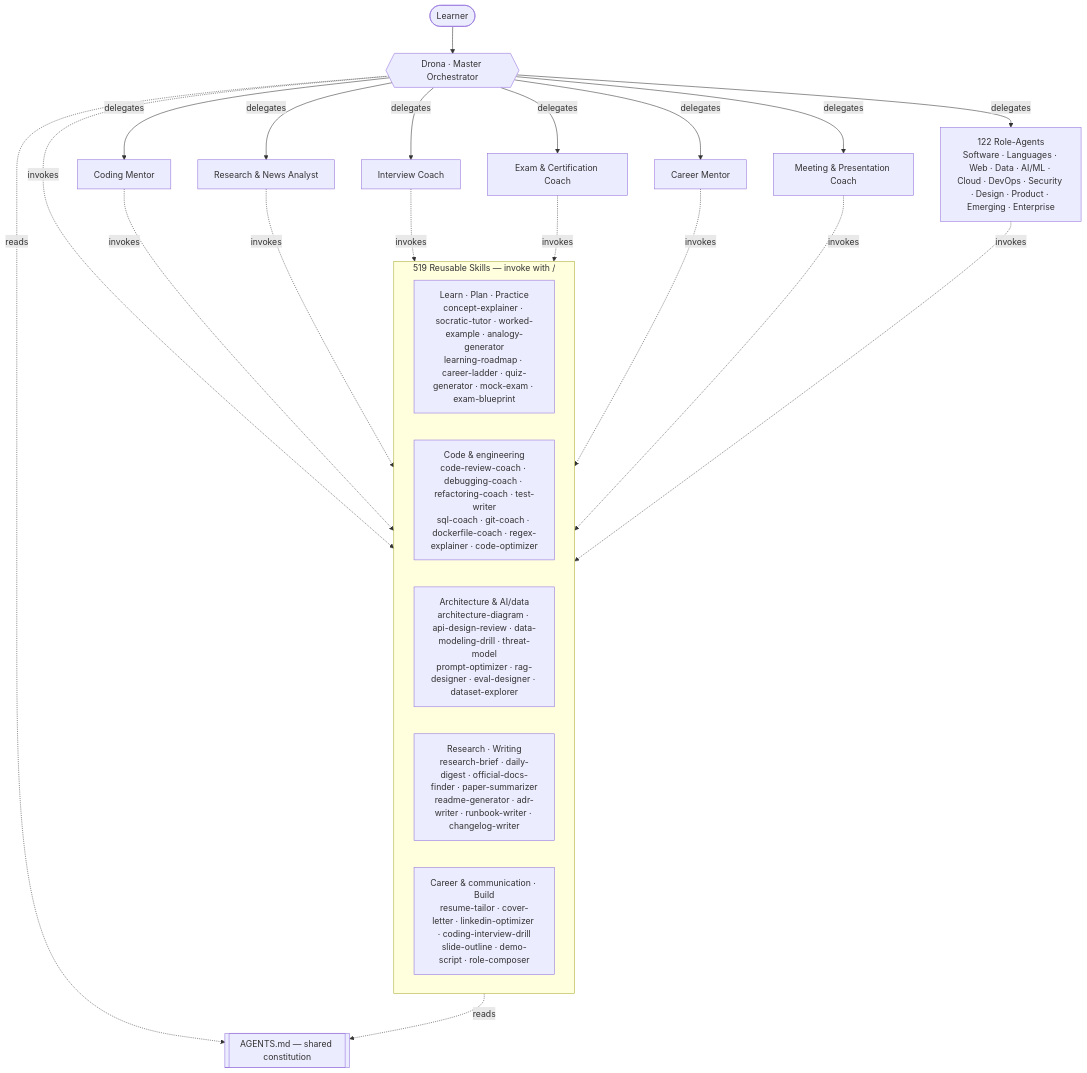
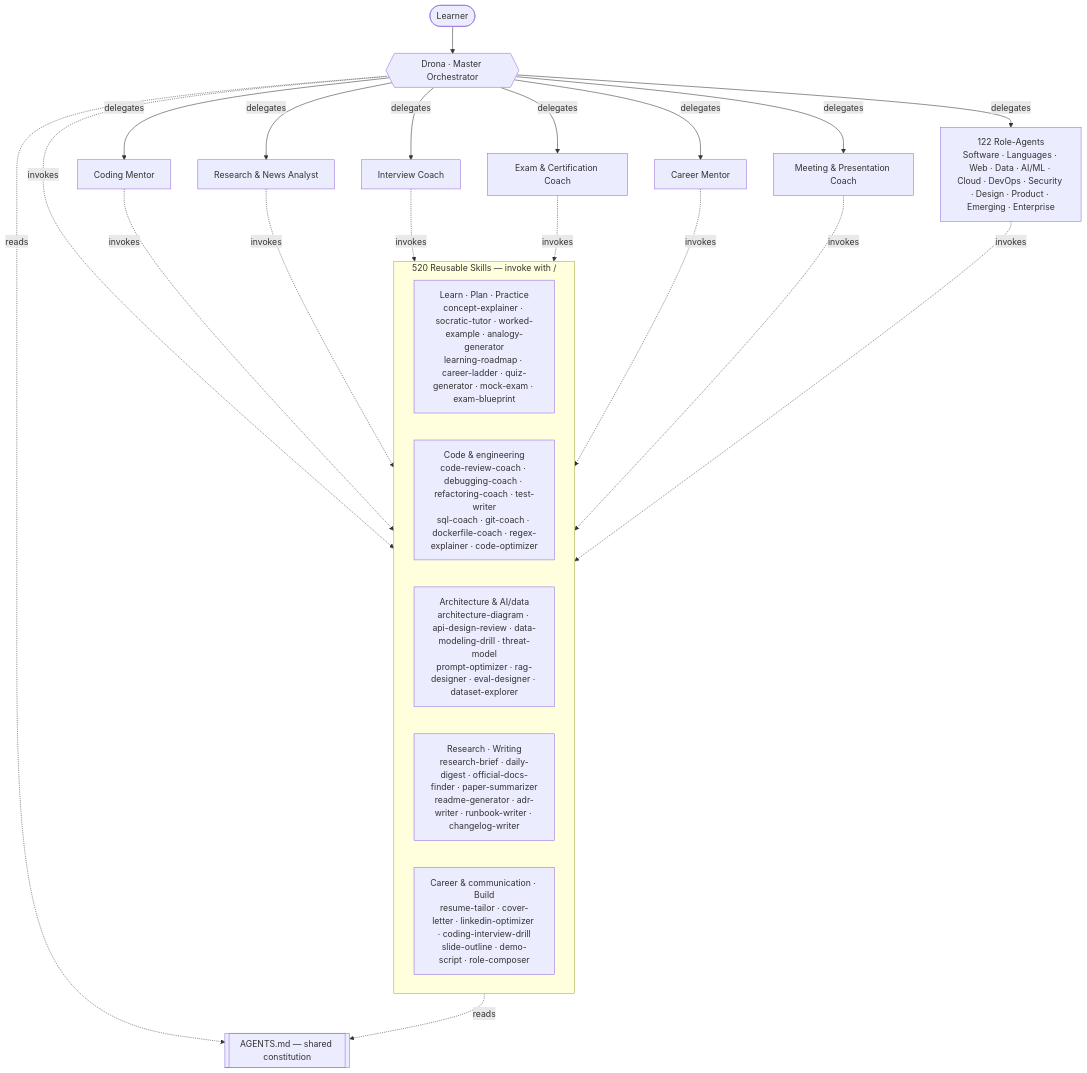
Before and after one commit to ArasaniRohithReddy/LearningOS: the diagram in README.md, drawn with Mermaid. The commit also changed other lines of this file and 28 other files, not shown here.

````diff
--- a/README.md
+++ b/README.md
@@ -40,32 +40,32 @@
 ```mermaid
 flowchart TD
     U([Learner]) --> D{{Drona · Master Orchestrator}}
 
     D -->|delegates| CM[Coding Mentor]
     D -->|delegates| RN[Research & News Analyst]
     D -->|delegates| IC[Interview Coach]
     D -->|delegates| EC[Exam & Certification Coach]
     D -->|delegates| CA[Career Mentor]
     D -->|delegates| MP[Meeting & Presentation Coach]
     D -->|delegates| RO["122 Role-Agents<br/>Software · Languages · Web · Data · AI/ML · Cloud · DevOps · Security · Design · Product · Emerging · Enterprise"]
 
-    subgraph Skills["519 Reusable Skills — invoke with /"]
+    subgraph Skills["520 Reusable Skills — invoke with /"]
       S1["Learn · Plan · Practice<br/>concept-explainer · socratic-tutor · worked-example · analogy-generator<br/>learning-roadmap · career-ladder · quiz-generator · mock-exam · exam-blueprint"]
       S2["Code & engineering<br/>code-review-coach · debugging-coach · refactoring-coach · test-writer<br/>sql-coach · git-coach · dockerfile-coach · regex-explainer · code-optimizer"]
       S3["Architecture & AI/data<br/>architecture-diagram · api-design-review · data-modeling-drill · threat-model<br/>prompt-optimizer · rag-designer · eval-designer · dataset-explorer"]
       S4["Research · Writing<br/>research-brief · daily-digest · official-docs-finder · paper-summarizer<br/>readme-generator · adr-writer · runbook-writer · changelog-writer"]
       S5["Career & communication · Build<br/>resume-tailor · cover-letter · linkedin-optimizer · coding-interview-drill<br/>slide-outline · demo-script · role-composer"]
     end
 
     D -.invokes.-> Skills
     CM -.invokes.-> Skills
     RN -.invokes.-> Skills
     IC -.invokes.-> Skills
     EC -.invokes.-> Skills
     CA -.invokes.-> Skills
     MP -.invokes.-> Skills
     RO -.invokes.-> Skills
 
     Skills -.reads.-> AG[[AGENTS.md — shared constitution]]
     D -.reads.-> AG
 ```
````
